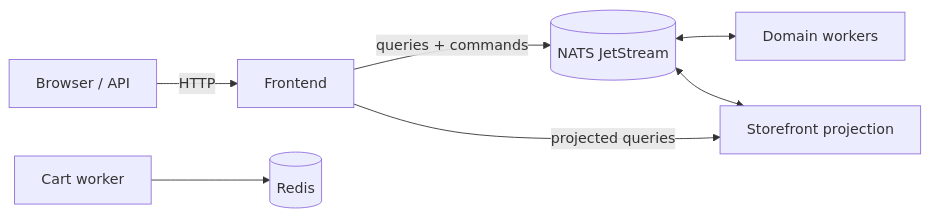
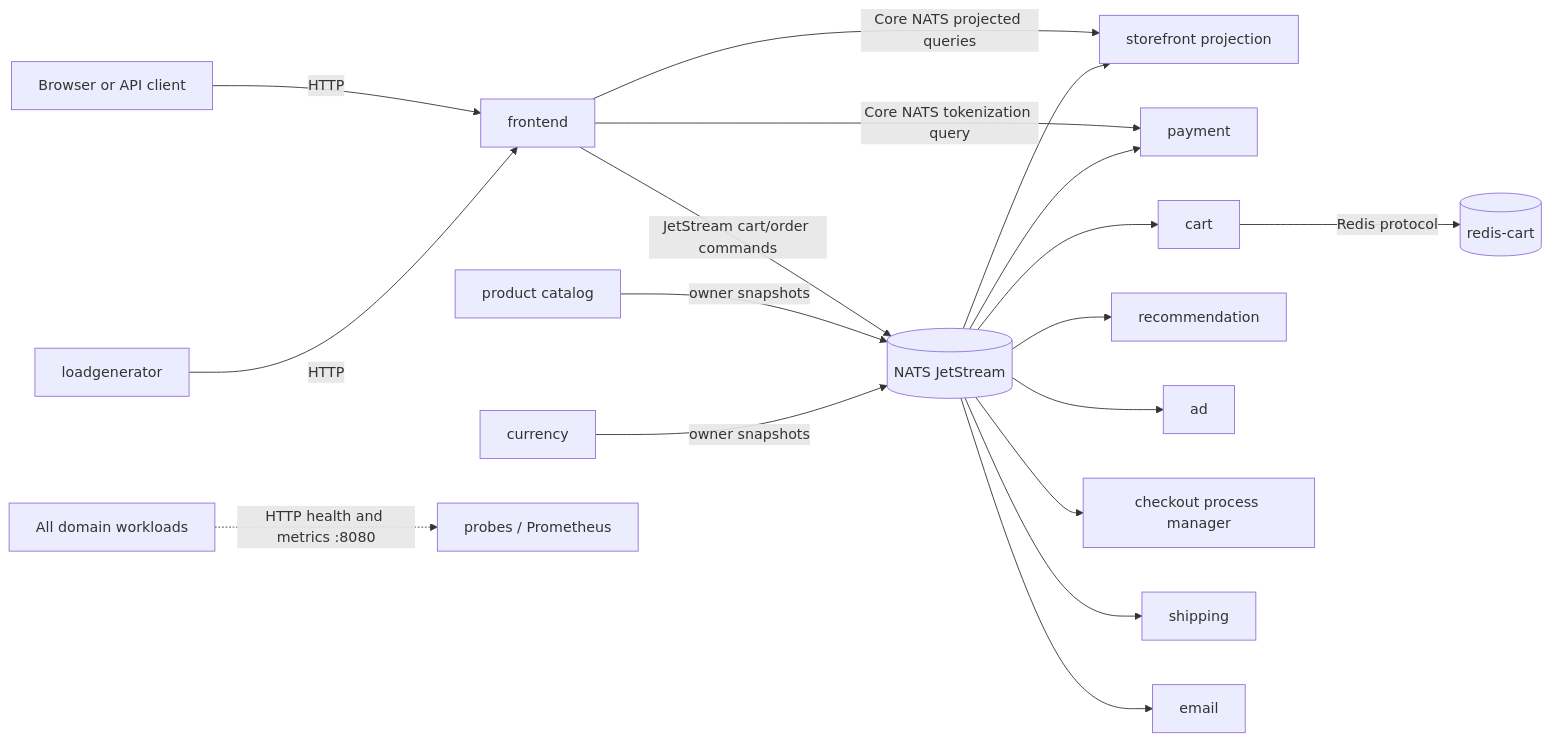
One commit to Matslo1234/microservices-demo-nats changed the diagram in README.md. Above: the diagram before and after it, drawn with Mermaid. The commit also changed other lines of this file and 92 other files, not shown here.

````diff
--- a/README.md
+++ b/README.md
@@ -15,9 +17,23 @@
 ```mermaid
 flowchart LR
-  Client[Browser / API] -->|HTTP| Frontend
-  Frontend -->|queries + commands| NATS[(NATS JetStream)]
-  NATS <--> Services[Domain workers]
-  NATS <--> Projection[Storefront projection]
-  Frontend -->|projected queries| Projection
-  Cart[Cart worker] --> Redis[(Redis)]
+    User[Browser or API client] -->|HTTP| FE[frontend]
+    Load[loadgenerator] -->|HTTP| FE
+
+    FE -->|Core NATS projected queries| Projection[storefront projection]
+    FE -->|JetStream cart/order commands| NATS[(NATS JetStream)]
+    FE -->|Core NATS tokenization query| Payment[payment]
+
+    Catalog[product catalog] -->|owner snapshots| NATS
+    Currency[currency] -->|owner snapshots| NATS
+    NATS --> Cart[cart]
+    NATS --> Recommendation[recommendation]
+    NATS --> Ad[ad]
+    NATS --> Checkout[checkout process manager]
+    NATS --> Shipping[shipping]
+    NATS --> Payment
+    NATS --> Email[email]
+    NATS --> Projection
+    Cart -->|Redis protocol| Redis[(redis-cart)]
+
+    Apps[All domain workloads] -.->|HTTP health and metrics :8080| Monitor[probes / Prometheus]
 ```
````
